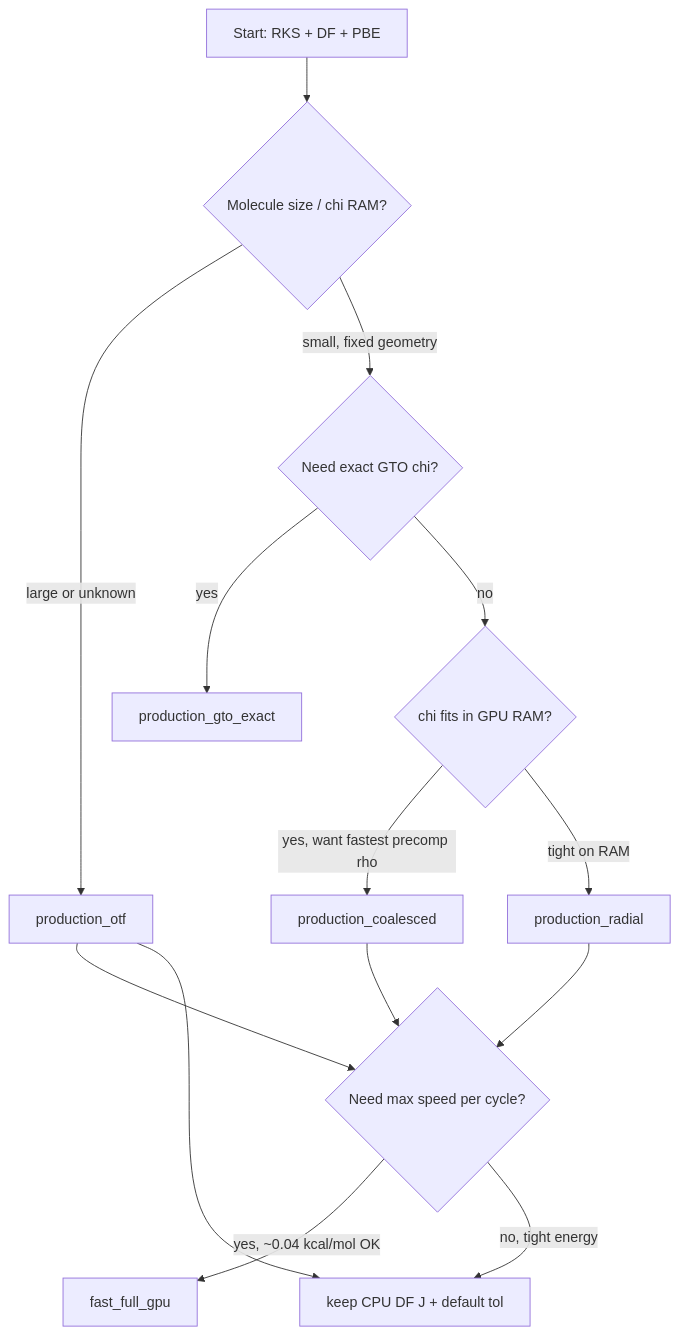
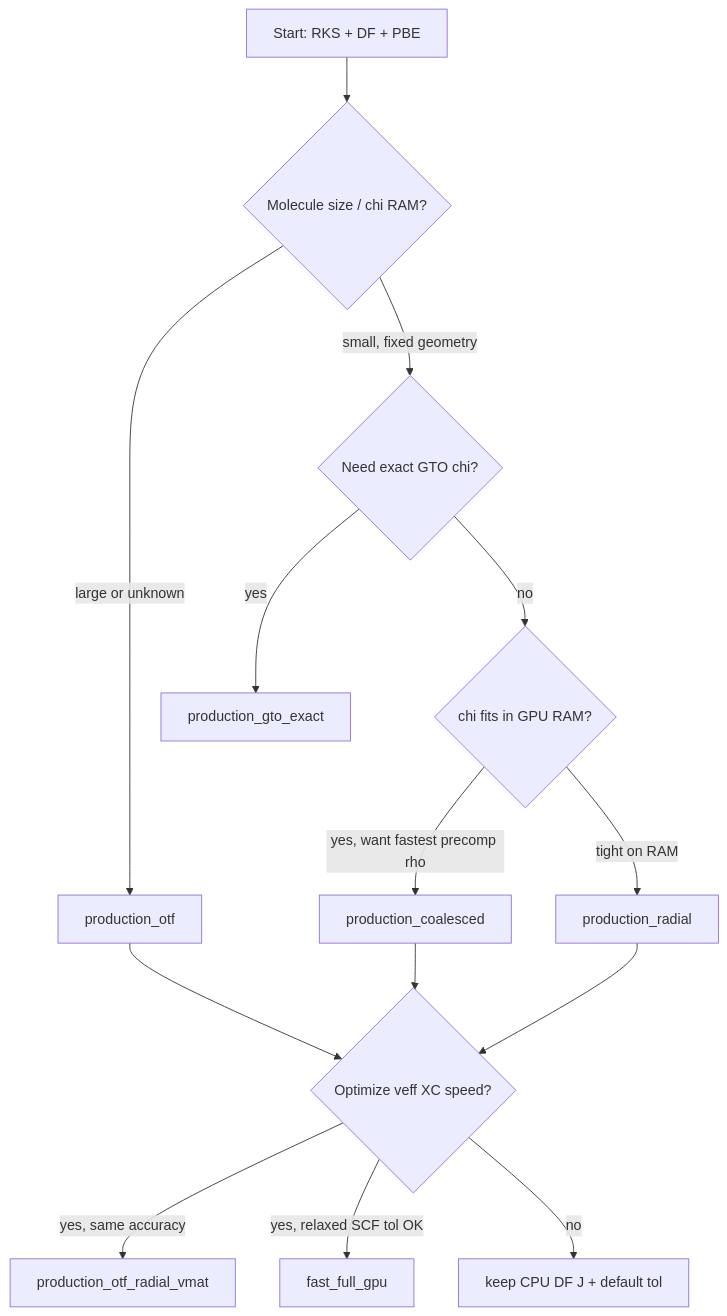
The diagram in doc/opencl_gpu_paths_cookbook.md (ProkopHapala/pyscf), drawn with Mermaid before and after one commit. The commit also changed other lines of this file and 45 other files, not shown here.

````diff
--- a/doc/opencl_gpu_paths_cookbook.md
+++ b/doc/opencl_gpu_paths_cookbook.md
@@ -166,16 +180,16 @@
 ```mermaid
 flowchart TD
     A[Start: RKS + DF + PBE] --> B{Molecule size / chi RAM?}
     B -->|large or unknown| C[production_otf]
     B -->|small, fixed geometry| D{Need exact GTO chi?}
     D -->|yes| E[production_gto_exact]
     D -->|no| F{chi fits in GPU RAM?}
     F -->|yes, want fastest precomp rho| G[production_coalesced]
     F -->|tight on RAM| H[production_radial]
-    C --> I{Need max speed per cycle?}
+    C --> I{Optimize veff XC speed?}
     G --> I
     H --> I
-    I -->|yes, ~0.04 kcal/mol OK| J[fast_full_gpu]
-    I -->|no, tight energy| K[keep CPU DF J + default tol]
-    C --> K
+    I -->|yes, same accuracy| L[production_otf_radial_vmat]
+    I -->|yes, relaxed SCF tol OK| J[fast_full_gpu]
+    I -->|no| K[keep CPU DF J + default tol]
 ```
````
